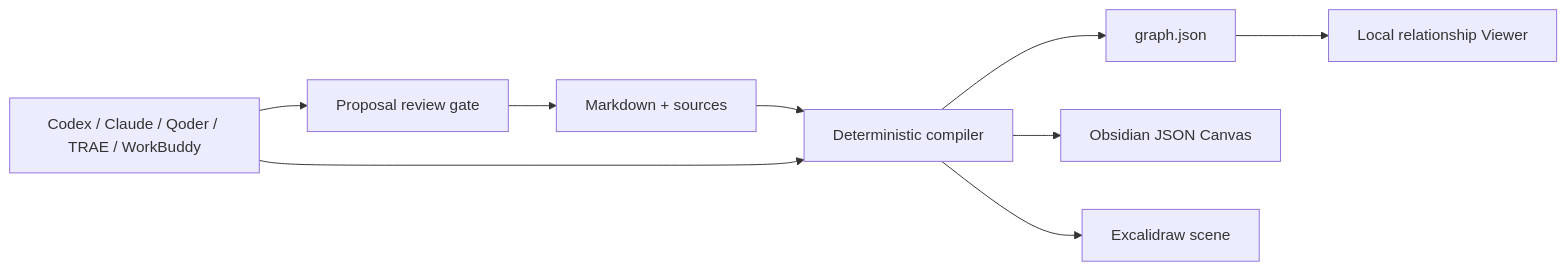
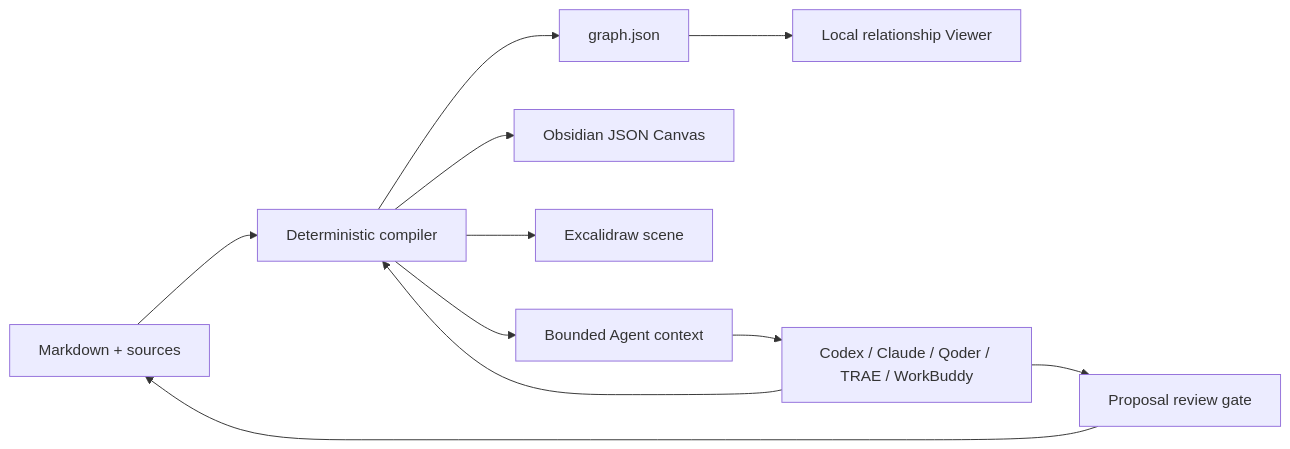
One commit to chicogong/llm-wiki-canvas changed the diagram in README.md. Above: the diagram before and after it, drawn with Mermaid. The commit also changed other lines of this file and 27 other files, not shown here.

Commit message:
Add bounded Agent context bundles

````diff
--- a/README.md
+++ b/README.md
@@ -189,11 +190,13 @@
 ```mermaid
 flowchart LR
   M["Markdown + sources"] --> C["Deterministic compiler"]
   C --> G["graph.json"]
   C --> J["Obsidian JSON Canvas"]
   C --> E["Excalidraw scene"]
+  C --> K["Bounded Agent context"]
   G --> V["Local relationship Viewer"]
   S["Codex / Claude / Qoder / TRAE / WorkBuddy"] --> P["Proposal review gate"]
+  K --> S
   P --> M
   S --> C
 ```
````
